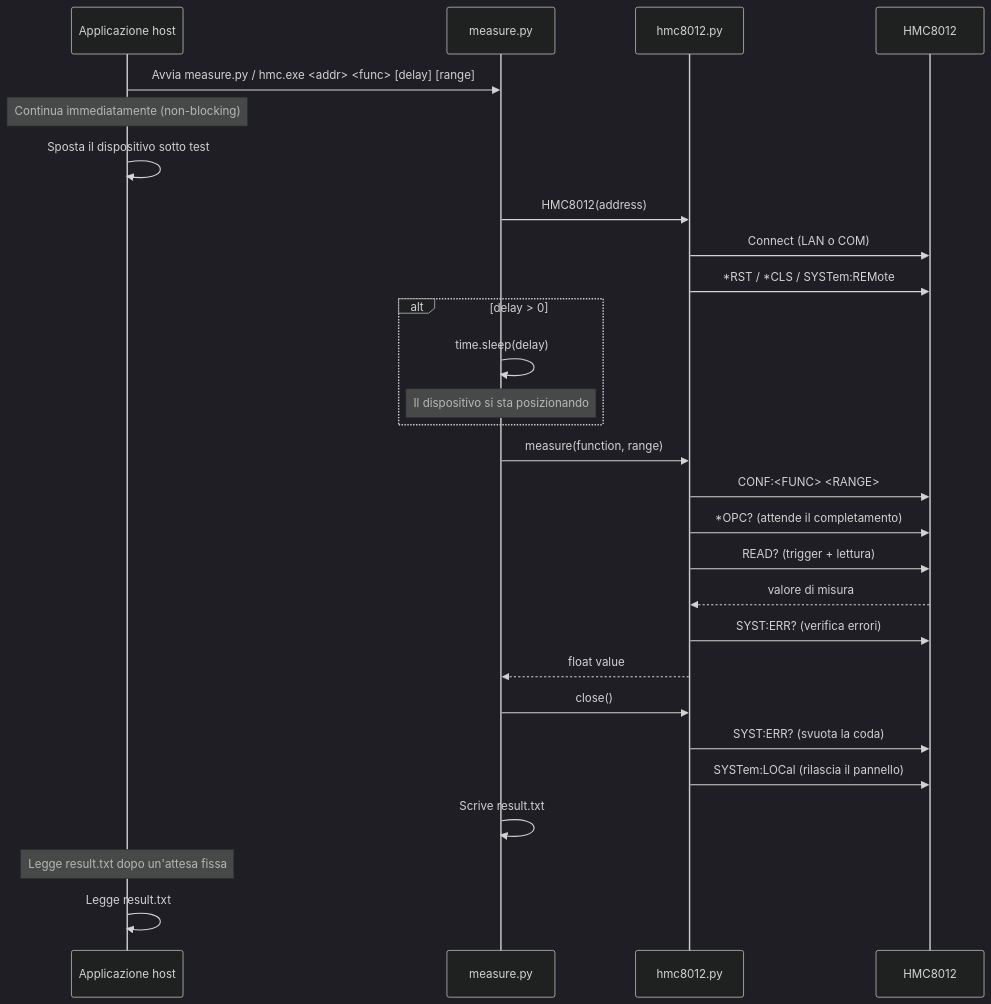
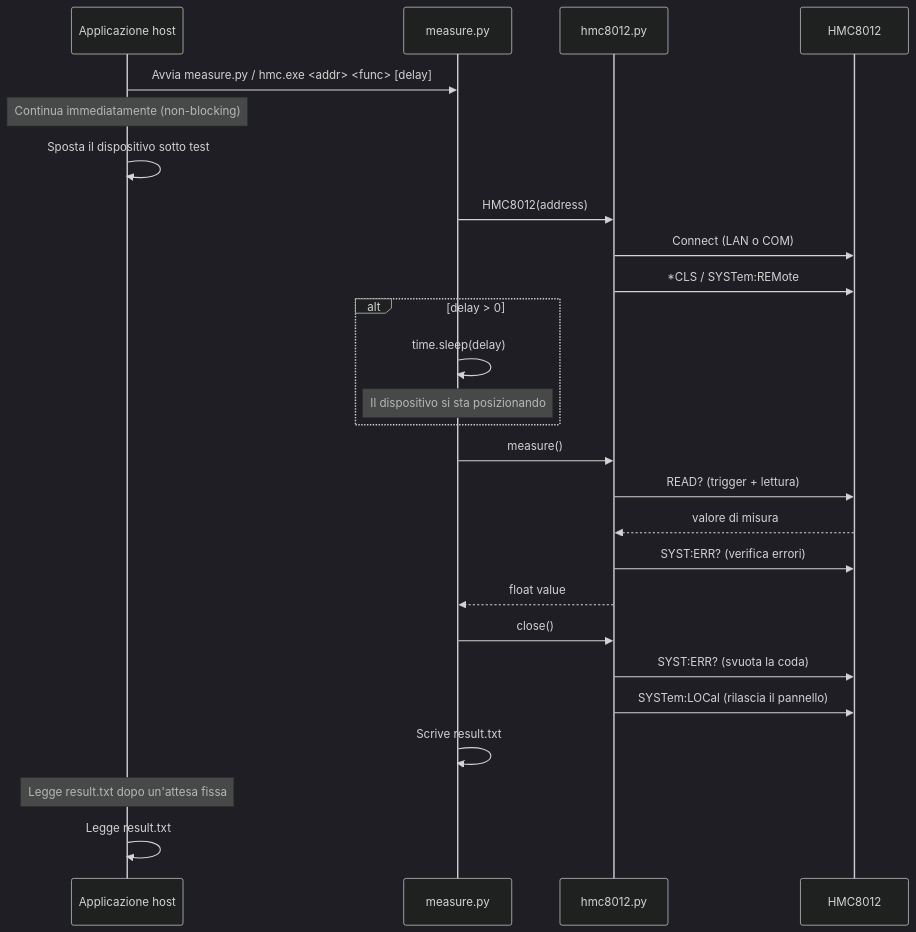
One commit to YarinCardillo/hmc8012-measure changed the first of 4 diagrams in README_ita.md. Above: the diagram before and after it, drawn with Mermaid (dark theme). The commit also changed other lines of this file and 3 other files, not shown here.

First line of the commit message:
Decouple measure from range configuration

````diff
--- a/README_ita.md
+++ b/README_ita.md
@@ -104,36 +119,34 @@
 ```mermaid
 sequenceDiagram
     participant HOST as Applicazione host
     participant PY as measure.py
     participant DRV as hmc8012.py
     participant DMM as HMC8012
 
-    HOST->>PY: Avvia measure.py / hmc.exe <addr> <func> [delay] [range]
+    HOST->>PY: Avvia measure.py / hmc.exe <addr> <func> [delay]
     Note over HOST: Continua immediatamente (non-blocking)
     HOST->>HOST: Sposta il dispositivo sotto test
 
     PY->>DRV: HMC8012(address)
     DRV->>DMM: Connect (LAN o COM)
-    DRV->>DMM: *RST / *CLS / SYSTem:REMote
+    DRV->>DMM: *CLS / SYSTem:REMote
 
     alt delay > 0
         PY->>PY: time.sleep(delay)
         Note over PY: Il dispositivo si sta posizionando
     end
 
-    PY->>DRV: measure(function, range)
-    DRV->>DMM: CONF:<FUNC> <RANGE>
-    DRV->>DMM: *OPC? (attende il completamento)
+    PY->>DRV: measure()
     DRV->>DMM: READ? (trigger + lettura)
     DMM-->>DRV: valore di misura
     DRV->>DMM: SYST:ERR? (verifica errori)
     DRV-->>PY: float value
 
     PY->>DRV: close()
     DRV->>DMM: SYST:ERR? (svuota la coda)
     DRV->>DMM: SYSTem:LOCal (rilascia il pannello)
 
     PY->>PY: Scrive result.txt
     Note over HOST: Legge result.txt dopo un'attesa fissa
     HOST->>HOST: Legge result.txt
 ```
````
